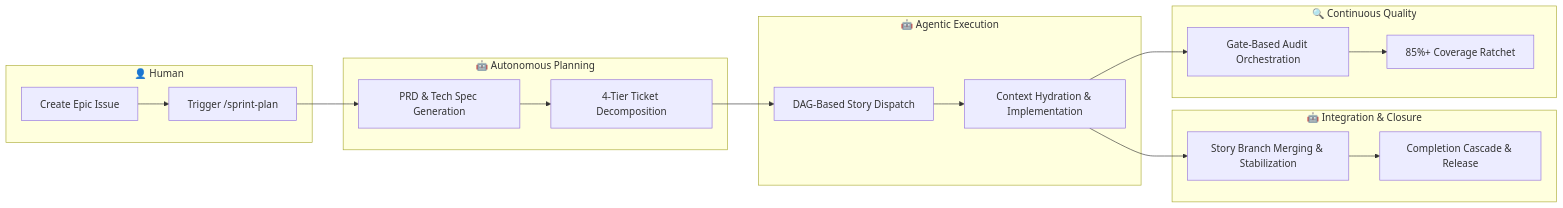
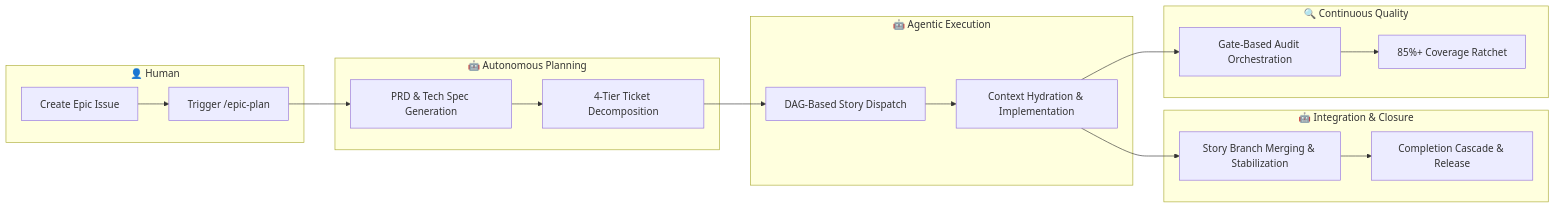
One commit to dsj1984/mandrel changed the diagram in README.md. Above: the diagram before and after it, drawn with Mermaid. The commit also changed other lines of this file and 1 other file, not shown here.

````diff
--- a/README.md
+++ b/README.md
@@ -14,30 +14,30 @@
 ```mermaid
 graph LR
     subgraph Human ["👤 Human"]
         A["Create Epic Issue"]
-        B["Trigger /sprint-plan"]
+        B["Trigger /epic-plan"]
     end
 
     subgraph Planning ["🤖 Autonomous Planning"]
         C["PRD & Tech Spec Generation"]
         D["4-Tier Ticket Decomposition"]
     end
 
     subgraph Execution ["🤖 Agentic Execution"]
         E["DAG-Based Story Dispatch"]
         F["Context Hydration & Implementation"]
     end
 
     subgraph Closure ["🤖 Integration & Closure"]
         G["Story Branch Merging & Stabilization"]
         H["Completion Cascade & Release"]
     end
 
     subgraph Quality ["🔍 Continuous Quality"]
         I["Gate-Based Audit Orchestration"]
         J["85%+ Coverage Ratchet"]
     end
 
     A --> B --> C --> D --> E --> F --> G --> H
     F --> I --> J
 ```
````
